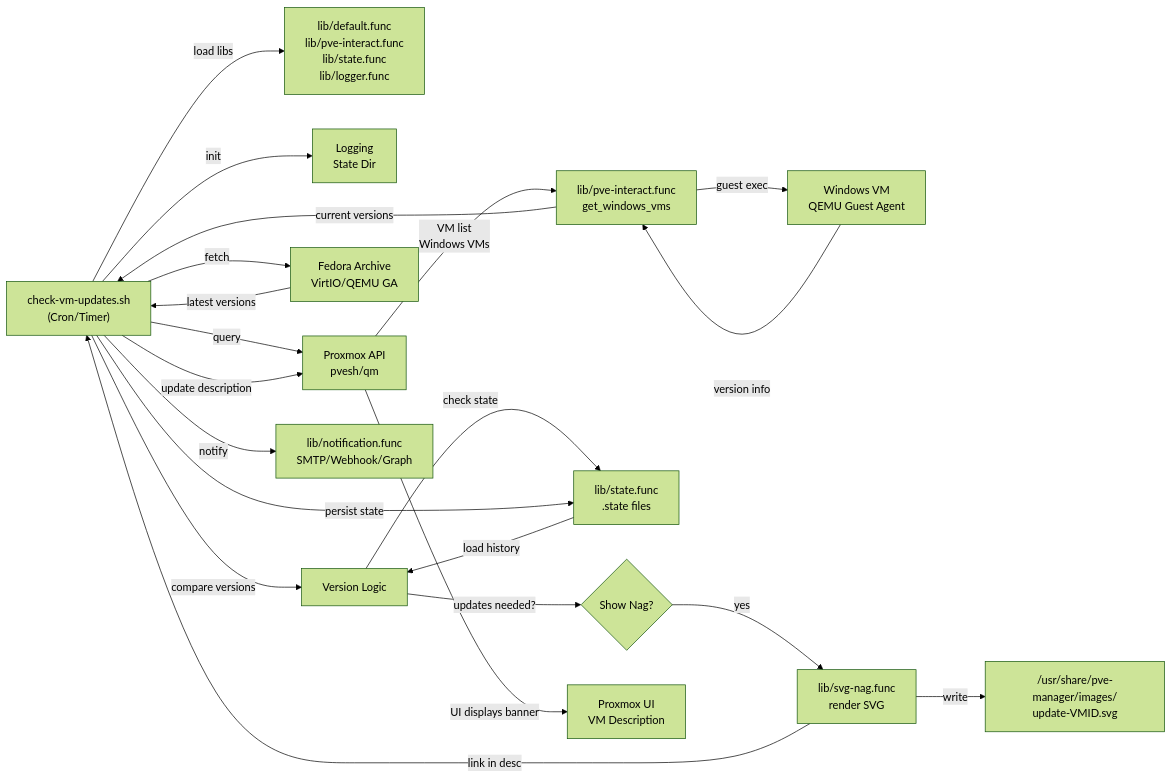
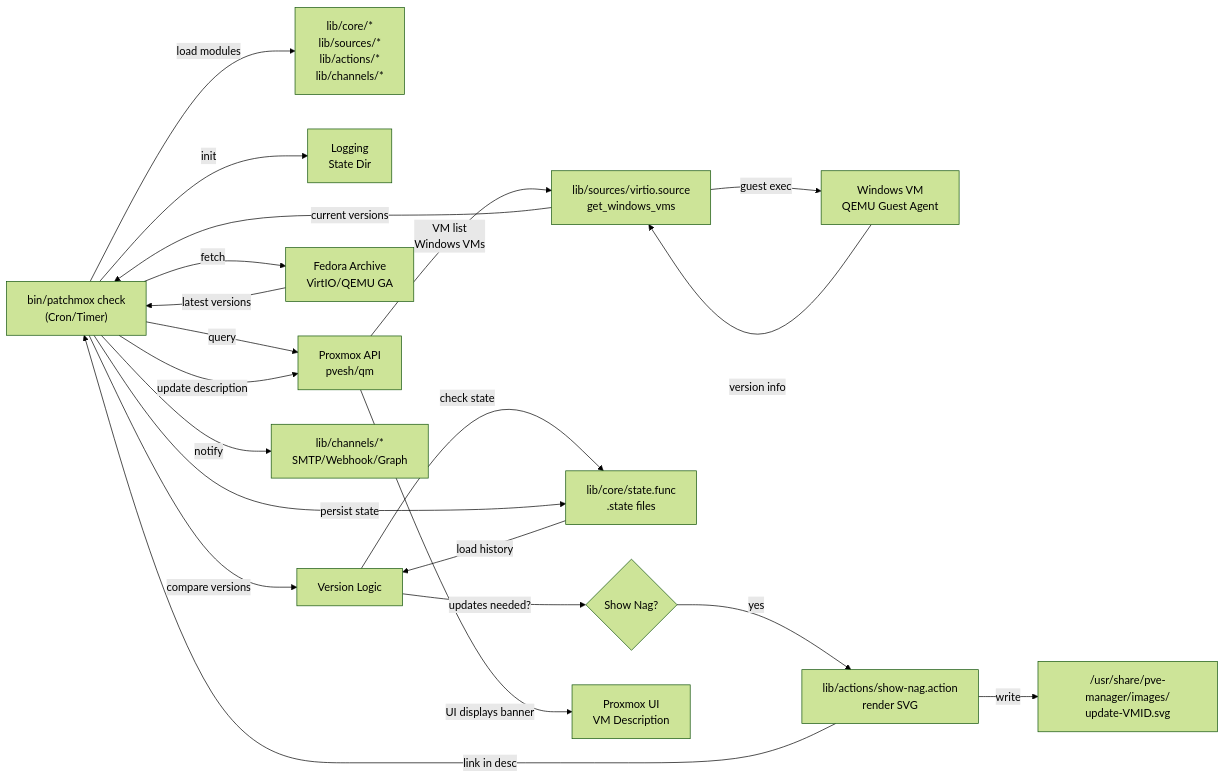
Before and after one commit to fs1n/PVE-QEMU-VirtIO-Updater: the diagram in README.md, drawn with Mermaid (forest theme). The commit also changed other lines of this file and 25 other files, not shown here.

First line of the commit message:
Add core modules for PatchMox: policy, queue, state, webhook, and virtio

````diff
--- a/README.md
+++ b/README.md
@@ -38,23 +38,23 @@
 ```mermaid
 graph LR
-    A["check-vm-updates.sh<br/>(Cron/Timer)"] -->|load libs| B["lib/default.func<br/>lib/pve-interact.func<br/>lib/state.func<br/>lib/logger.func"]
+    A["bin/patchmox check<br/>(Cron/Timer)"] -->|load modules| B["lib/core/*<br/>lib/sources/*<br/>lib/actions/*<br/>lib/channels/*"]
     A -->|init| C["Logging<br/>State Dir"]
     A -->|query| D["Proxmox API<br/>pvesh/qm"]
-    D -->|VM list<br/>Windows VMs| E["lib/pve-interact.func<br/>get_windows_vms"]
+    D -->|VM list<br/>Windows VMs| E["lib/sources/virtio.source<br/>get_windows_vms"]
     E -->|guest exec| F["Windows VM<br/>QEMU Guest Agent"]
     F -->|version info| E
     E -->|current versions| A
     A -->|fetch| G["Fedora Archive<br/>VirtIO/QEMU GA"]
     G -->|latest versions| A
     A -->|compare versions| H["Version Logic"]
-    H -->|check state| I["lib/state.func<br/>.state files"]
+    H -->|check state| I["lib/core/state.func<br/>.state files"]
     I -->|load history| H
     H -->|updates needed?| J{"Show Nag?"}
-    J -->|yes| K["lib/svg-nag.func<br/>render SVG"]
+    J -->|yes| K["lib/actions/show-nag.action<br/>render SVG"]
     K -->|write| L["/usr/share/pve-manager/images/<br/>update-VMID.svg"]
     K -->|link in desc| A
     A -->|update description| D
     D -->|UI displays banner| M["Proxmox UI<br/>VM Description"]
     A -->|persist state| I
-    A -->|notify| N["lib/notification.func<br/>SMTP/Webhook/Graph"]
+    A -->|notify| N["lib/channels/*<br/>SMTP/Webhook/Graph"]
 ```
````
